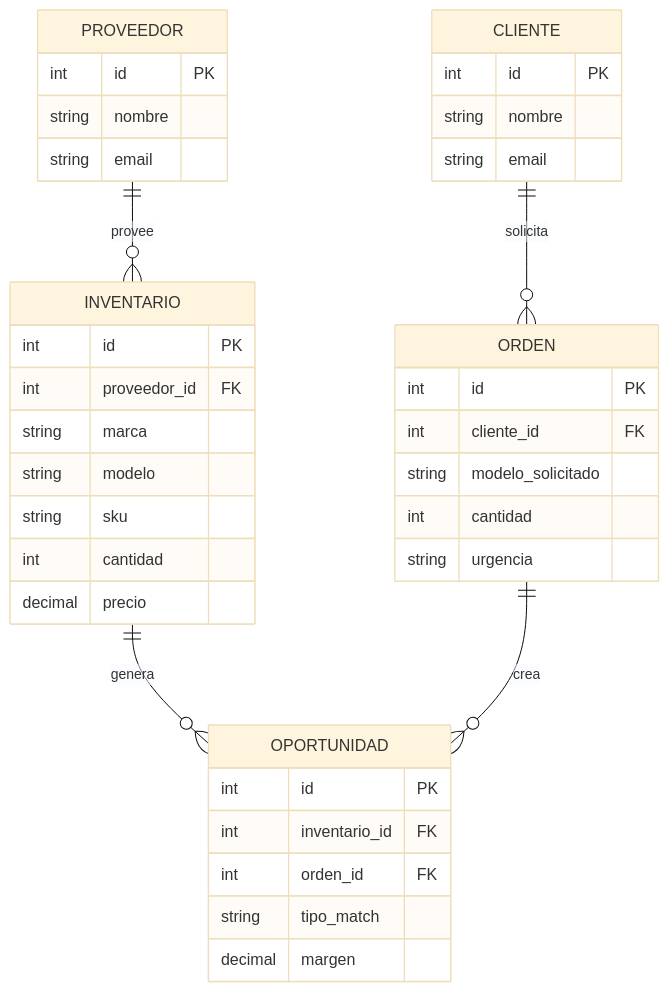
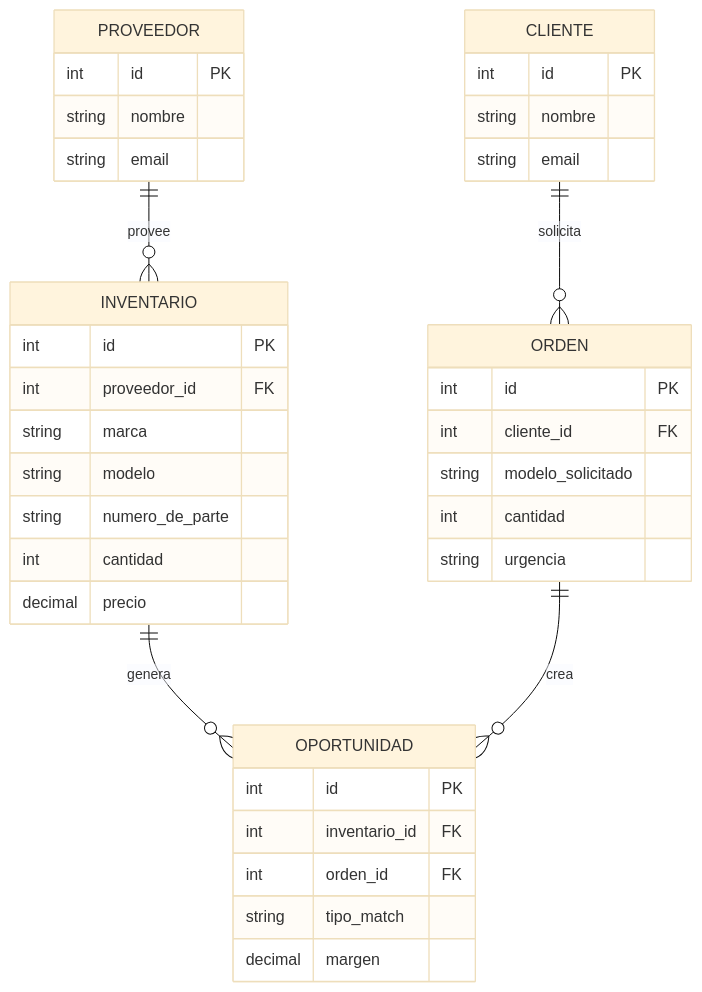
One commit to ansanabria/obsidian-notes changed the fourth of 9 diagrams in notes/Automatización de correos para Mantenimicros.md. Above: the diagram before and after it, drawn with Mermaid (base theme). The commit also changed other lines of this file and 2 other files, not shown here.

````diff
--- a/notes/Automatización de correos para Mantenimicros.md
+++ b/notes/Automatización de correos para Mantenimicros.md
@@ -85,45 +85,45 @@
 ```mermaid
 erDiagram
     PROVEEDOR ||--o{ INVENTARIO : provee
     CLIENTE ||--o{ ORDEN : solicita
     INVENTARIO ||--o{ OPORTUNIDAD : genera
     ORDEN ||--o{ OPORTUNIDAD : crea
 
     PROVEEDOR {
         int id PK
         string nombre
         string email
     }
 
     CLIENTE {
         int id PK
         string nombre
         string email
     }
 
     INVENTARIO {
         int id PK
         int proveedor_id FK
         string marca
         string modelo
-        string sku
+        string numero_de_parte
         int cantidad
         decimal precio
     }
 
     ORDEN {
         int id PK
         int cliente_id FK
         string modelo_solicitado
         int cantidad
         string urgencia
     }
 
     OPORTUNIDAD {
         int id PK
         int inventario_id FK
         int orden_id FK
         string tipo_match
         decimal margen
     }
 ```
````
